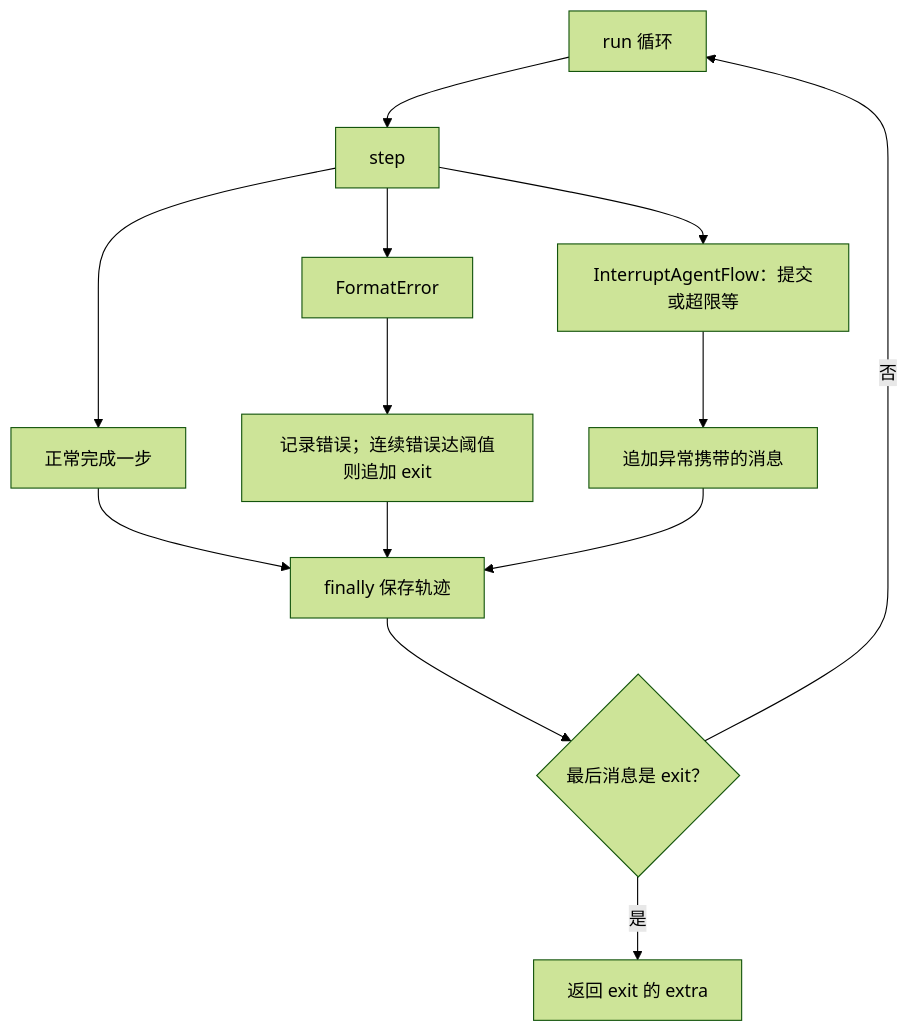
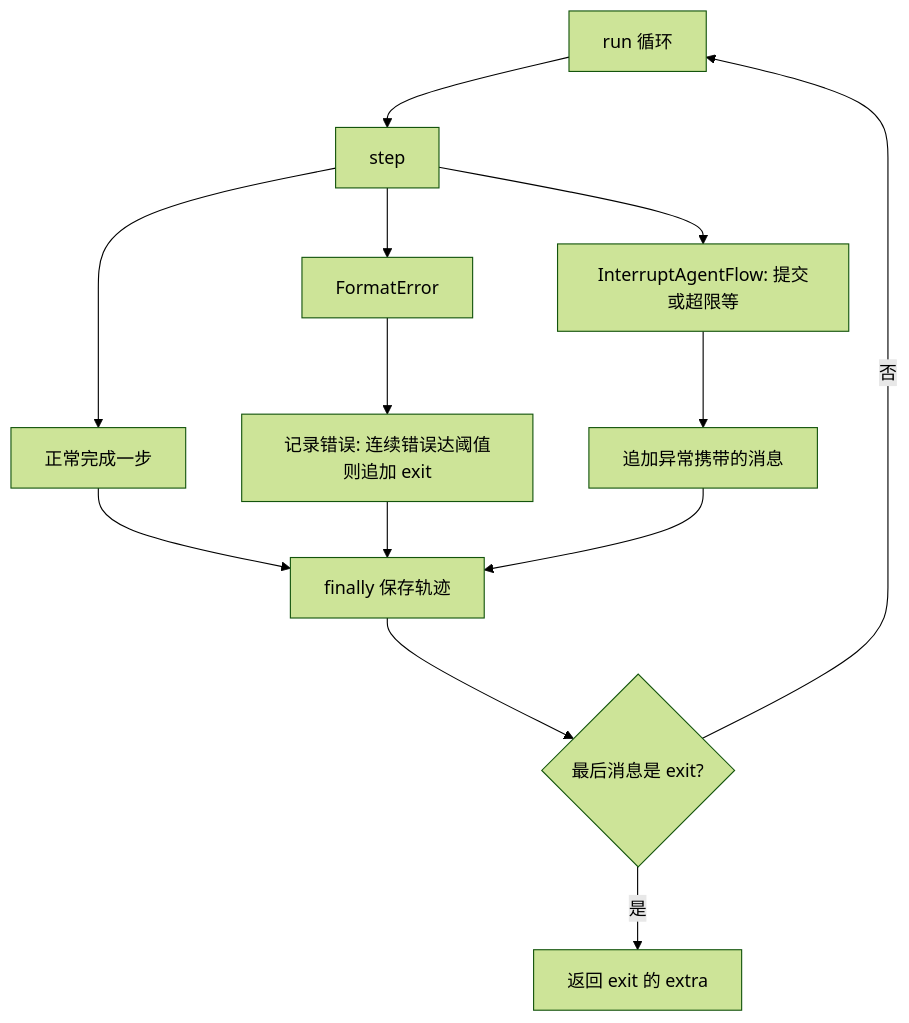
Before and after one commit to RoyceChase/mini-swe-agent: the second of 2 diagrams in study/agent-loop.md, drawn with Mermaid (forest theme). The commit also changed other lines of this file, not shown here.

````diff
--- a/study/agent-loop.md
+++ b/study/agent-loop.md
@@ -35,15 +35,15 @@
 ```mermaid
 flowchart TD
     Run[run 循环] --> Step[step]
     Step --> Clean[正常完成一步]
     Clean --> Save[finally 保存轨迹]
     Step --> Format[FormatError]
-    Format --> Retry[记录错误；连续错误达阈值则追加 exit]
+    Format --> Retry[记录错误: 连续错误达阈值则追加 exit]
     Retry --> Save
-    Step --> Interrupt[InterruptAgentFlow：提交或超限等]
+    Step --> Interrupt[InterruptAgentFlow: 提交或超限等]
     Interrupt --> Record[追加异常携带的消息]
     Record --> Save
-    Save --> Check{最后消息是 exit？}
+    Save --> Check{最后消息是 exit? }
     Check -->|否| Run
     Check -->|是| Return[返回 exit 的 extra]
 ```
````
